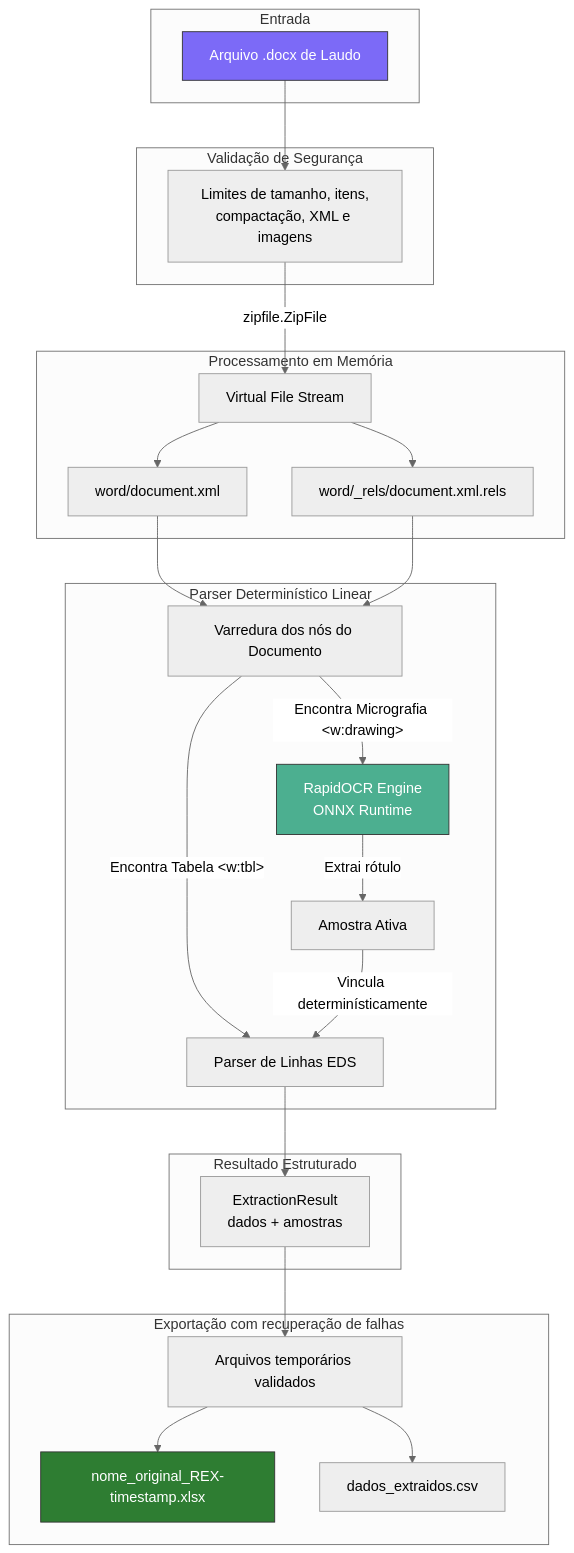
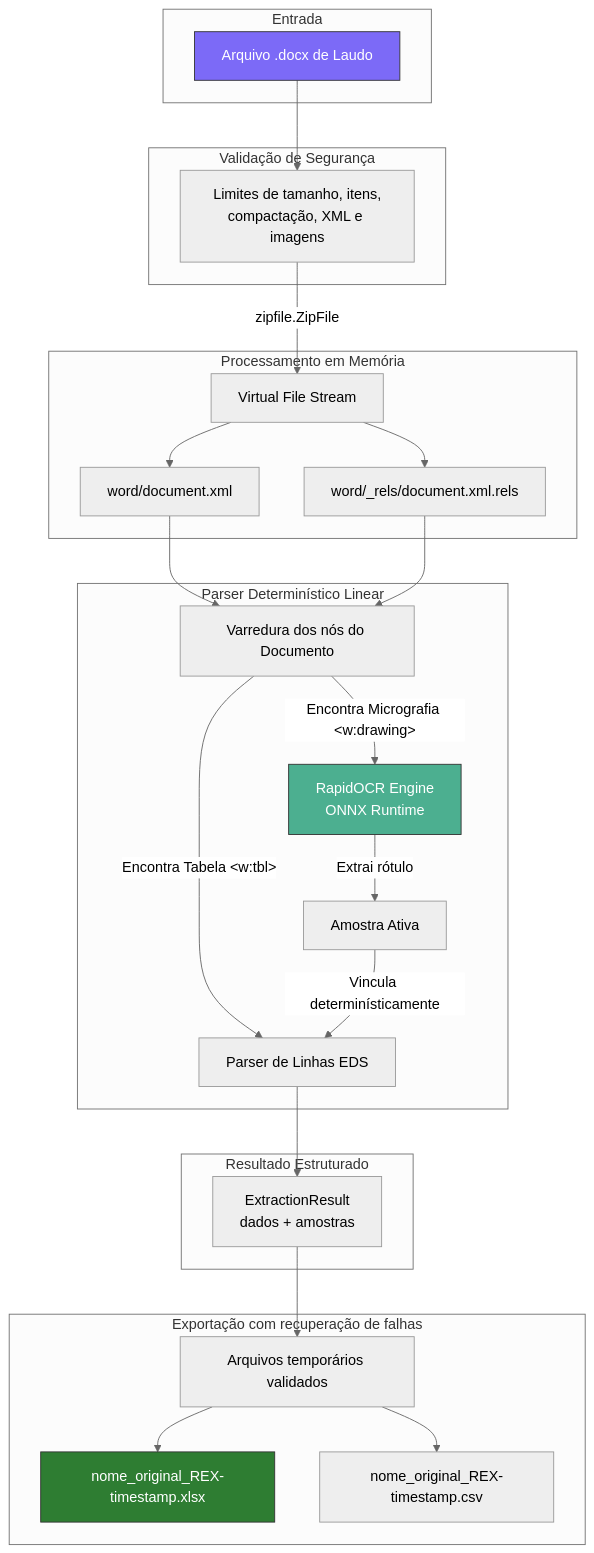
Before and after one commit to rodrigofpo/rex: the diagram in docs/architecture.md, drawn with Mermaid (neutral theme). The commit also changed 4 other files, not shown here.

Commit message:
Match CSV export name to source and timestamp

````diff
--- a/docs/architecture.md
+++ b/docs/architecture.md
@@ -9,41 +9,41 @@
 ```mermaid
 flowchart TD
     subgraph Entrada
         DOCX[Arquivo .docx de Laudo]
     end
 
     subgraph Validação de Segurança
         DOCX --> LIMITS[Limites de tamanho, itens,<br>compactação, XML e imagens]
     end
 
     subgraph Processamento em Memória
         LIMITS -->|zipfile.ZipFile| VFS[Virtual File Stream]
         VFS --> RELS[word/_rels/document.xml.rels]
         VFS --> DOCXML[word/document.xml]
     end
 
     subgraph Parser Determinístico Linear
         DOCXML --> ITER[Varredura dos nós do Documento]
         RELS --> ITER
 
         ITER -->|Encontra Micrografia &lt;w:drawing&gt;| OCR[RapidOCR Engine<br>ONNX Runtime]
         OCR -->|Extrai rótulo| SAMPLE[Amostra Ativa]
 
         ITER -->|Encontra Tabela &lt;w:tbl&gt;| TABLE[Parser de Linhas EDS]
         SAMPLE -->|Vincula determinísticamente| TABLE
     end
 
     subgraph Resultado Estruturado
         TABLE --> RESULT[ExtractionResult<br>dados + amostras]
     end
 
     subgraph Exportação com recuperação de falhas
         RESULT --> TEMP[Arquivos temporários validados]
         TEMP --> EXCEL[nome_original_REX-timestamp.xlsx]
-        TEMP --> CSV[dados_extraidos.csv]
+        TEMP --> CSV[nome_original_REX-timestamp.csv]
     end
 
     style DOCX fill:#7c6af7,stroke:#333,color:#fff
     style OCR fill:#4caf90,stroke:#333,color:#fff
     style EXCEL fill:#2e7d32,stroke:#333,color:#fff
 ```
````
